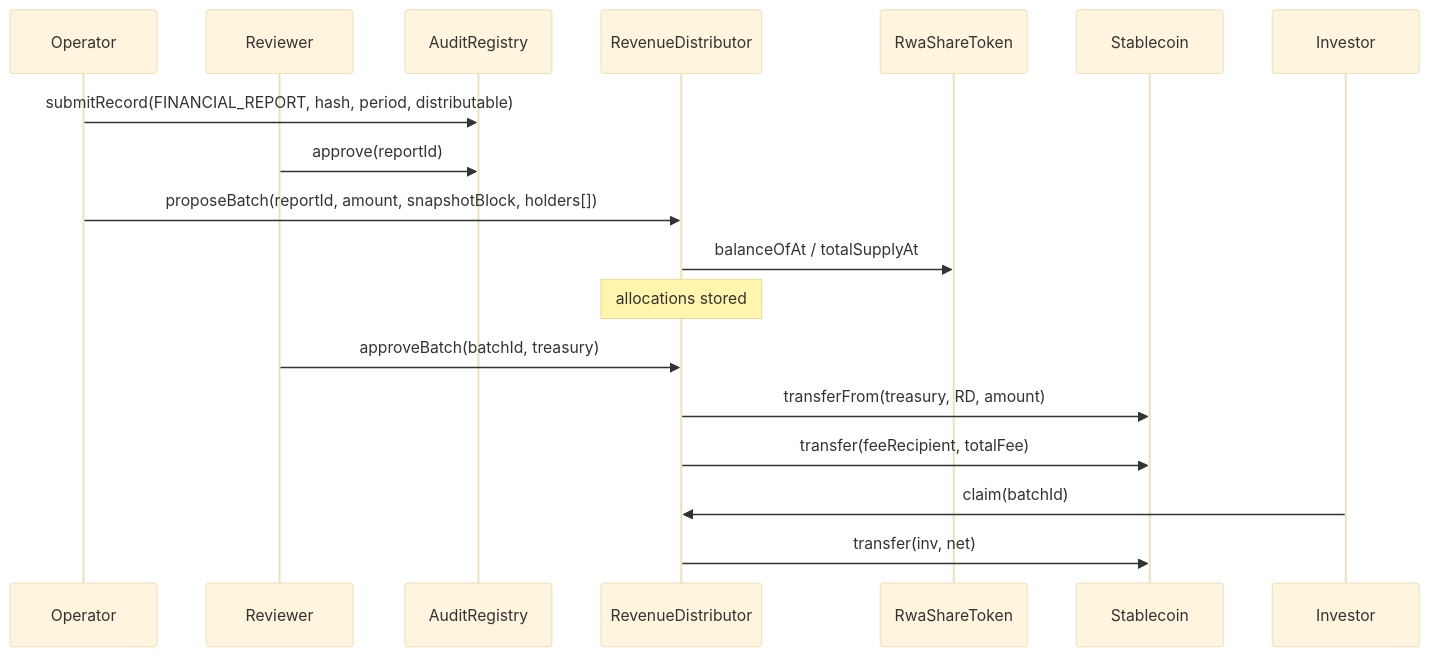
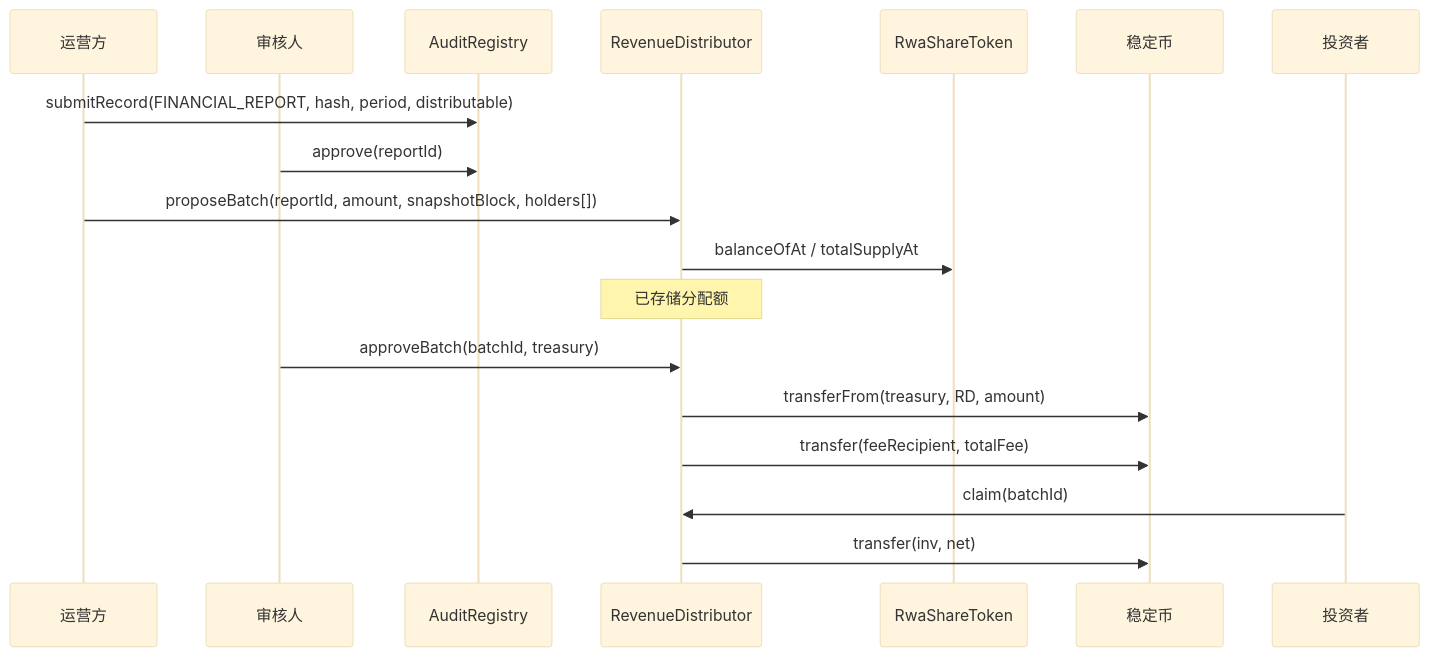
Before and after one commit to AgntSpark1/Roboshare: the second of 2 diagrams in docs/SMART_CONTRACT_SPEC.md, drawn with Mermaid (base theme). The commit also changed other lines of this file and 15 other files, not shown here.

````diff
--- a/docs/SMART_CONTRACT_SPEC.md
+++ b/docs/SMART_CONTRACT_SPEC.md
@@ -351,20 +351,20 @@
 ```mermaid
 sequenceDiagram
-  participant Op as Operator
-  participant Rev as Reviewer
+  participant Op as 运营方
+  participant Rev as 审核人
   participant AUD as AuditRegistry
   participant RD as RevenueDistributor
   participant T as RwaShareToken
-  participant SC as Stablecoin
-  participant Inv as Investor
+  participant SC as 稳定币
+  participant Inv as 投资者
   Op->>AUD: submitRecord(FINANCIAL_REPORT, hash, period, distributable)
   Rev->>AUD: approve(reportId)
   Op->>RD: proposeBatch(reportId, amount, snapshotBlock, holders[])
   RD->>T: balanceOfAt / totalSupplyAt
-  Note over RD: allocations stored
+  Note over RD: 已存储分配额
   Rev->>RD: approveBatch(batchId, treasury)
   RD->>SC: transferFrom(treasury, RD, amount)
   RD->>SC: transfer(feeRecipient, totalFee)
   Inv->>RD: claim(batchId)
   RD->>SC: transfer(inv, net)
 ```
````
